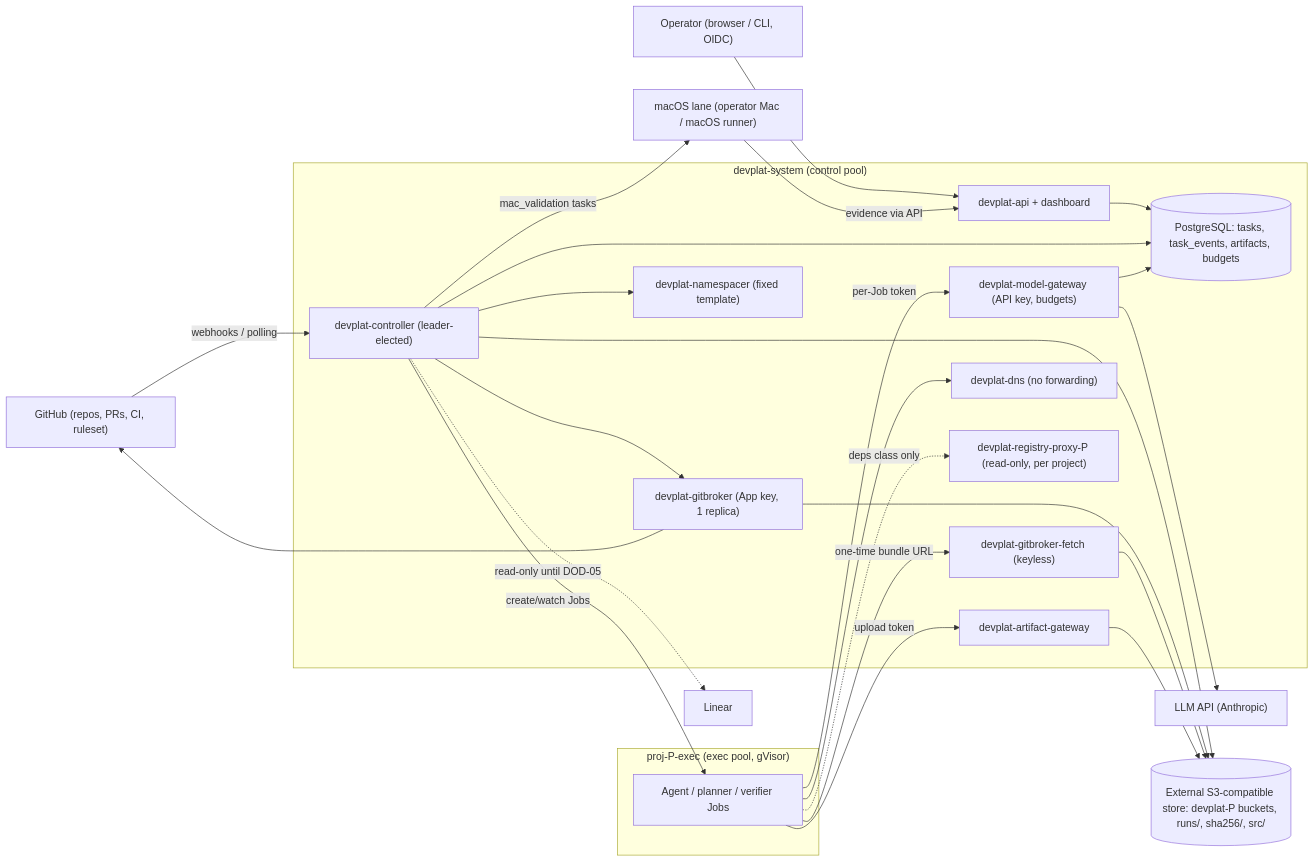
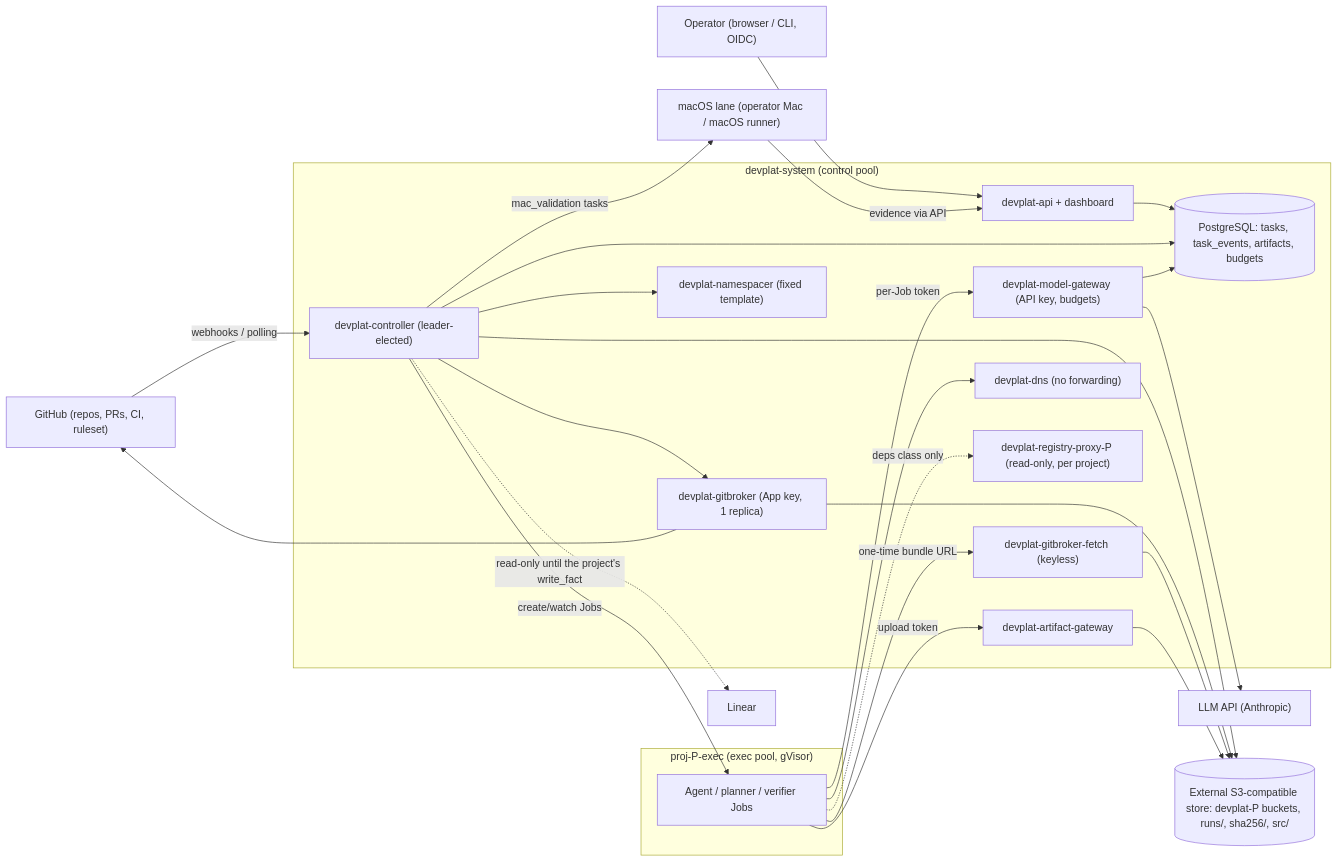
The first of 3 diagrams in docs/mercury/development-orchestration/15-platform-architecture.md (usjbro/Project-Mercury), drawn with Mermaid before and after one commit. The commit also changed other lines of this file and 42 other files, not shown here.

````diff
--- a/docs/mercury/development-orchestration/15-platform-architecture.md
+++ b/docs/mercury/development-orchestration/15-platform-architecture.md
@@ -96,46 +96,46 @@
 ```mermaid
 flowchart LR
     OP["Operator (browser / CLI, OIDC)"]
     GH["GitHub (repos, PRs, CI, ruleset)"]
     LLM["LLM API (Anthropic)"]
     LN["Linear"]
     S3[("External S3-compatible store: devplat-P buckets, runs/, sha256/, src/")]
     MAC["macOS lane (operator Mac / macOS runner)"]
     subgraph SYS["devplat-system (control pool)"]
         API["devplat-api + dashboard"]
         CTL["devplat-controller (leader-elected)"]
         GB["devplat-gitbroker (App key, 1 replica)"]
         GF["devplat-gitbroker-fetch (keyless)"]
         AG["devplat-artifact-gateway"]
         MG["devplat-model-gateway (API key, budgets)"]
         NSR["devplat-namespacer (fixed template)"]
         DNS["devplat-dns (no forwarding)"]
         RP["devplat-registry-proxy-P (read-only, per project)"]
         PG[("PostgreSQL: tasks, task_events, artifacts, budgets")]
     end
     subgraph EXEC["proj-P-exec (exec pool, gVisor)"]
         JOB["Agent / planner / verifier Jobs"]
     end
     OP --> API
     API --> PG
     CTL --> PG
     MG --> PG
     CTL -->|"create/watch Jobs"| JOB
     CTL --> NSR
     CTL --> GB
     CTL --> S3
-    CTL -.->|"read-only until DOD-05"| LN
+    CTL -.->|"read-only until the project's write_fact"| LN
     GB --> GH
     GB --> S3
     GF --> S3
     AG --> S3
     GH -->|"webhooks / polling"| CTL
     JOB -->|"one-time bundle URL"| GF
     JOB -->|"upload token"| AG
     JOB -->|"per-Job token"| MG
     JOB -.->|"deps class only"| RP
     JOB --> DNS
     MG --> LLM
     CTL -->|"mac_validation tasks"| MAC
     MAC -->|"evidence via API"| API
 ```
````
